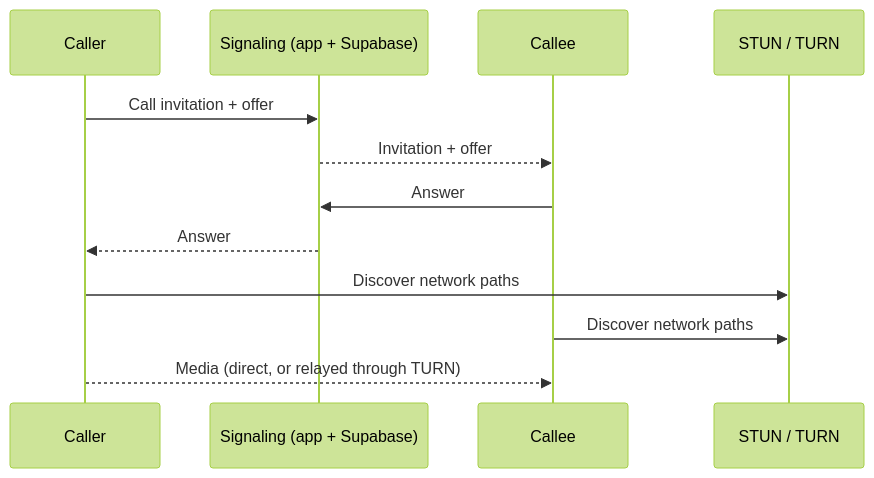
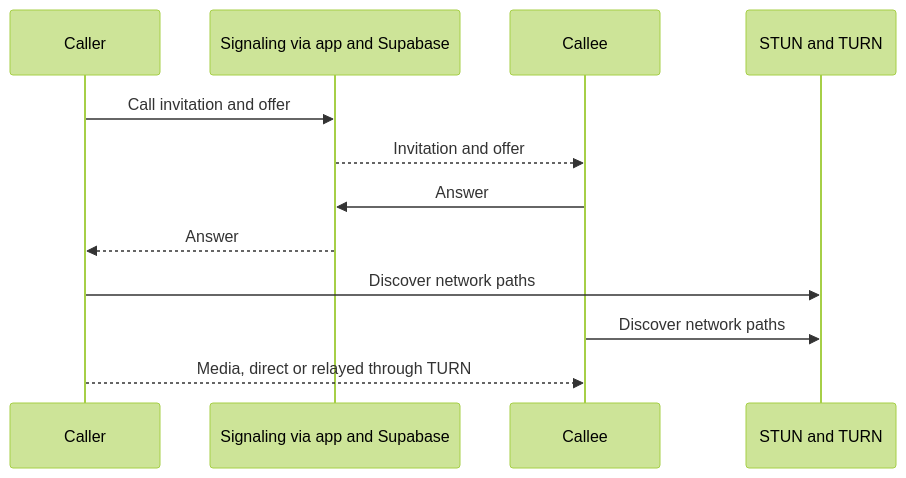
One commit to hamzabhulla/VibeTalk changed the fourth of 5 diagrams in README.md. Above: the diagram before and after it, drawn with Mermaid (forest theme). The commit also changed other lines of this file, not shown here.

````diff
--- a/README.md
+++ b/README.md
@@ -168,14 +168,14 @@
 ```mermaid
 sequenceDiagram
     participant C as Caller
-    participant G as Signaling (app + Supabase)
+    participant G as Signaling via app and Supabase
     participant E as Callee
-    participant N as STUN / TURN
-    C->>G: Call invitation + offer
-    G-->>E: Invitation + offer
+    participant N as STUN and TURN
+    C->>G: Call invitation and offer
+    G-->>E: Invitation and offer
     E->>G: Answer
     G-->>C: Answer
     C->>N: Discover network paths
     E->>N: Discover network paths
-    C-->>E: Media (direct, or relayed through TURN)
+    C-->>E: Media, direct or relayed through TURN
 ```
````
